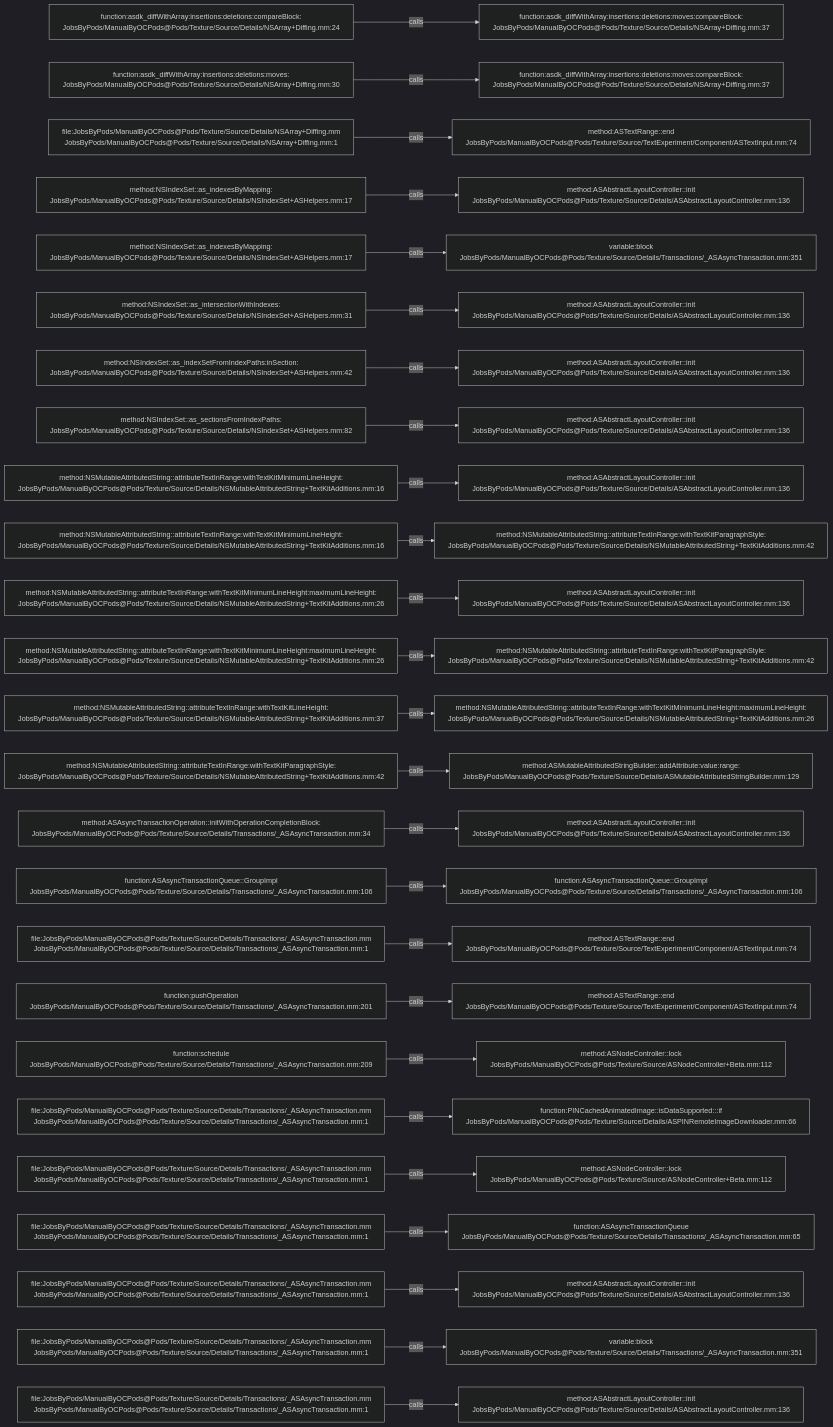
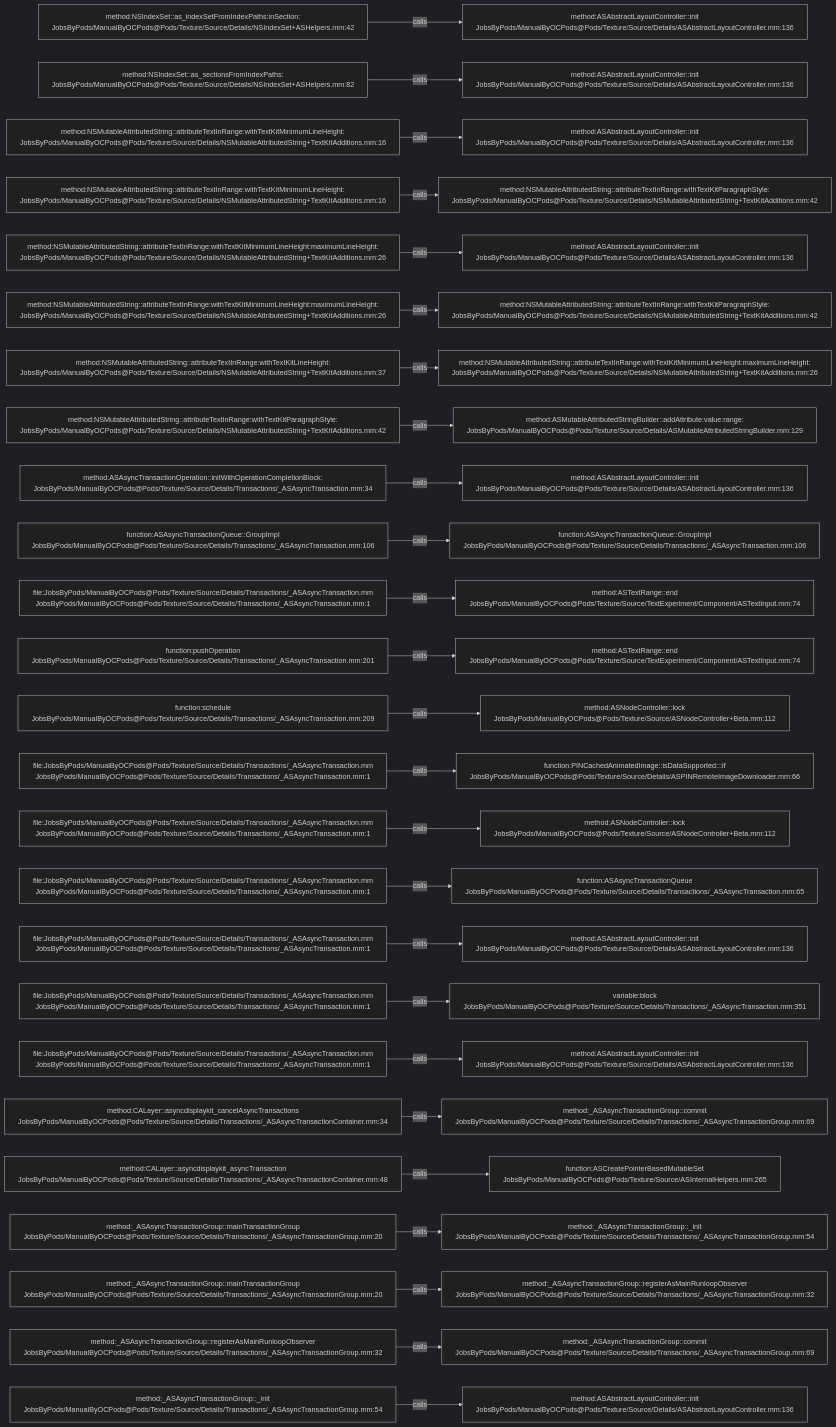
The diagram in .codegraph/codegraph.md/graphs/calls-160.md (JobsKits/JobsOCBaseConfigDemo), drawn with Mermaid (dark theme) before and after one commit. The commit also changed 666 other files, not shown here.

````diff
--- a/.codegraph/codegraph.md/graphs/calls-160.md
+++ b/.codegraph/codegraph.md/graphs/calls-160.md
@@ -13,78 +13,78 @@
 ```mermaid
 flowchart LR
-  S1["function:asdk_diffWithArray:insertions:deletions:compareBlock:<br/>JobsByPods/ManualByOCPods@Pods/Texture/Source/Details/NSArray+Diffing.mm:24"]
-  T1["function:asdk_diffWithArray:insertions:deletions:moves:compareBlock:<br/>JobsByPods/ManualByOCPods@Pods/Texture/Source/Details/NSArray+Diffing.mm:37"]
+  S1["method:NSIndexSet::as_indexSetFromIndexPaths:inSection:<br/>JobsByPods/ManualByOCPods@Pods/Texture/Source/Details/NSIndexSet+ASHelpers.mm:42"]
+  T1["method:ASAbstractLayoutController::init<br/>JobsByPods/ManualByOCPods@Pods/Texture/Source/Details/ASAbstractLayoutController.mm:136"]
   S1 -->|calls| T1
-  S2["function:asdk_diffWithArray:insertions:deletions:moves:<br/>JobsByPods/ManualByOCPods@Pods/Texture/Source/Details/NSArray+Diffing.mm:30"]
-  T2["function:asdk_diffWithArray:insertions:deletions:moves:compareBlock:<br/>JobsByPods/ManualByOCPods@Pods/Texture/Source/Details/NSArray+Diffing.mm:37"]
+  S2["method:NSIndexSet::as_sectionsFromIndexPaths:<br/>JobsByPods/ManualByOCPods@Pods/Texture/Source/Details/NSIndexSet+ASHelpers.mm:82"]
+  T2["method:ASAbstractLayoutController::init<br/>JobsByPods/ManualByOCPods@Pods/Texture/Source/Details/ASAbstractLayoutController.mm:136"]
   S2 -->|calls| T2
-  S3["file:JobsByPods/ManualByOCPods@Pods/Texture/Source/Details/NSArray+Diffing.mm<br/>JobsByPods/ManualByOCPods@Pods/Texture/Source/Details/NSArray+Diffing.mm:1"]
-  T3["method:ASTextRange::end<br/>JobsByPods/ManualByOCPods@Pods/Texture/Source/TextExperiment/Component/ASTextInput.mm:74"]
+  S3["method:NSMutableAttributedString::attributeTextInRange:withTextKitMinimumLineHeight:<br/>JobsByPods/ManualByOCPods@Pods/Texture/Source/Details/NSMutableAttributedString+TextKitAdditions.mm:16"]
+  T3["method:ASAbstractLayoutController::init<br/>JobsByPods/ManualByOCPods@Pods/Texture/Source/Details/ASAbstractLayoutController.mm:136"]
   S3 -->|calls| T3
-  S4["method:NSIndexSet::as_indexesByMapping:<br/>JobsByPods/ManualByOCPods@Pods/Texture/Source/Details/NSIndexSet+ASHelpers.mm:17"]
-  T4["method:ASAbstractLayoutController::init<br/>JobsByPods/ManualByOCPods@Pods/Texture/Source/Details/ASAbstractLayoutController.mm:136"]
+  S4["method:NSMutableAttributedString::attributeTextInRange:withTextKitMinimumLineHeight:<br/>JobsByPods/ManualByOCPods@Pods/Texture/Source/Details/NSMutableAttributedString+TextKitAdditions.mm:16"]
+  T4["method:NSMutableAttributedString::attributeTextInRange:withTextKitParagraphStyle:<br/>JobsByPods/ManualByOCPods@Pods/Texture/Source/Details/NSMutableAttributedString+TextKitAdditions.mm:42"]
   S4 -->|calls| T4
-  S5["method:NSIndexSet::as_indexesByMapping:<br/>JobsByPods/ManualByOCPods@Pods/Texture/Source/Details/NSIndexSet+ASHelpers.mm:17"]
-  T5["variable:block<br/>JobsByPods/ManualByOCPods@Pods/Texture/Source/Details/Transactions/_ASAsyncTransaction.mm:351"]
+  S5["method:NSMutableAttributedString::attributeTextInRange:withTextKitMinimumLineHeight:maximumLineHeight:<br/>JobsByPods/ManualByOCPods@Pods/Texture/Source/Details/NSMutableAttributedString+TextKitAdditions.mm:26"]
+  T5["method:ASAbstractLayoutController::init<br/>JobsByPods/ManualByOCPods@Pods/Texture/Source/Details/ASAbstractLayoutController.mm:136"]
   S5 -->|calls| T5
-  S6["method:NSIndexSet::as_intersectionWithIndexes:<br/>JobsByPods/ManualByOCPods@Pods/Texture/Source/Details/NSIndexSet+ASHelpers.mm:31"]
-  T6["method:ASAbstractLayoutController::init<br/>JobsByPods/ManualByOCPods@Pods/Texture/Source/Details/ASAbstractLayoutController.mm:136"]
+  S6["method:NSMutableAttributedString::attributeTextInRange:withTextKitMinimumLineHeight:maximumLineHeight:<br/>JobsByPods/ManualByOCPods@Pods/Texture/Source/Details/NSMutableAttributedString+TextKitAdditions.mm:26"]
+  T6["method:NSMutableAttributedString::attributeTextInRange:withTextKitParagraphStyle:<br/>JobsByPods/ManualByOCPods@Pods/Texture/Source/Details/NSMutableAttributedString+TextKitAdditions.mm:42"]
   S6 -->|calls| T6
-  S7["method:NSIndexSet::as_indexSetFromIndexPaths:inSection:<br/>JobsByPods/ManualByOCPods@Pods/Texture/Source/Details/NSIndexSet+ASHelpers.mm:42"]
-  T7["method:ASAbstractLayoutController::init<br/>JobsByPods/ManualByOCPods@Pods/Texture/Source/Details/ASAbstractLayoutController.mm:136"]
+  S7["method:NSMutableAttributedString::attributeTextInRange:withTextKitLineHeight:<br/>JobsByPods/ManualByOCPods@Pods/Texture/Source/Details/NSMutableAttributedString+TextKitAdditions.mm:37"]
+  T7["method:NSMutableAttributedString::attributeTextInRange:withTextKitMinimumLineHeight:maximumLineHeight:<br/>JobsByPods/ManualByOCPods@Pods/Texture/Source/Details/NSMutableAttributedString+TextKitAdditions.mm:26"]
   S7 -->|calls| T7
-  S8["method:NSIndexSet::as_sectionsFromIndexPaths:<br/>JobsByPods/ManualByOCPods@Pods/Texture/Source/Details/NSIndexSet+ASHelpers.mm:82"]
-  T8["method:ASAbstractLayoutController::init<br/>JobsByPods/ManualByOCPods@Pods/Texture/Source/Details/ASAbstractLayoutController.mm:136"]
+  S8["method:NSMutableAttributedString::attributeTextInRange:withTextKitParagraphStyle:<br/>JobsByPods/ManualByOCPods@Pods/Texture/Source/Details/NSMutableAttributedString+TextKitAdditions.mm:42"]
+  T8["method:ASMutableAttributedStringBuilder::addAttribute:value:range:<br/>JobsByPods/ManualByOCPods@Pods/Texture/Source/Details/ASMutableAttributedStringBuilder.mm:129"]
   S8 -->|calls| T8
-  S9["method:NSMutableAttributedString::attributeTextInRange:withTextKitMinimumLineHeight:<br/>JobsByPods/ManualByOCPods@Pods/Texture/Source/Details/NSMutableAttributedString+TextKitAdditions.mm:16"]
+  S9["method:ASAsyncTransactionOperation::initWithOperationCompletionBlock:<br/>JobsByPods/ManualByOCPods@Pods/Texture/Source/Details/Transactions/_ASAsyncTransaction.mm:34"]
   T9["method:ASAbstractLayoutController::init<br/>JobsByPods/ManualByOCPods@Pods/Texture/Source/Details/ASAbstractLayoutController.mm:136"]
   S9 -->|calls| T9
-  S10["method:NSMutableAttributedString::attributeTextInRange:withTextKitMinimumLineHeight:<br/>JobsByPods/ManualByOCPods@Pods/Texture/Source/Details/NSMutableAttributedString+TextKitAdditions.mm:16"]
-  T10["method:NSMutableAttributedString::attributeTextInRange:withTextKitParagraphStyle:<br/>JobsByPods/ManualByOCPods@Pods/Texture/Source/Details/NSMutableAttributedString+TextKitAdditions.mm:42"]
+  S10["function:ASAsyncTransactionQueue::GroupImpl<br/>JobsByPods/ManualByOCPods@Pods/Texture/Source/Details/Transactions/_ASAsyncTransaction.mm:106"]
+  T10["function:ASAsyncTransactionQueue::GroupImpl<br/>JobsByPods/ManualByOCPods@Pods/Texture/Source/Details/Transactions/_ASAsyncTransaction.mm:106"]
   S10 -->|calls| T10
-  S11["method:NSMutableAttributedString::attributeTextInRange:withTextKitMinimumLineHeight:maximumLineHeight:<br/>JobsByPods/ManualByOCPods@Pods/Texture/Source/Details/NSMutableAttributedString+TextKitAdditions.mm:26"]
-  T11["method:ASAbstractLayoutController::init<br/>JobsByPods/ManualByOCPods@Pods/Texture/Source/Details/ASAbstractLayoutController.mm:136"]
+  S11["file:JobsByPods/ManualByOCPods@Pods/Texture/Source/Details/Transactions/_ASAsyncTransaction.mm<br/>JobsByPods/ManualByOCPods@Pods/Texture/Source/Details/Transactions/_ASAsyncTransaction.mm:1"]
+  T11["method:ASTextRange::end<br/>JobsByPods/ManualByOCPods@Pods/Texture/Source/TextExperiment/Component/ASTextInput.mm:74"]
   S11 -->|calls| T11
-  S12["method:NSMutableAttributedString::attributeTextInRange:withTextKitMinimumLineHeight:maximumLineHeight:<br/>JobsByPods/ManualByOCPods@Pods/Texture/Source/Details/NSMutableAttributedString+TextKitAdditions.mm:26"]
-  T12["method:NSMutableAttributedString::attributeTextInRange:withTextKitParagraphStyle:<br/>JobsByPods/ManualByOCPods@Pods/Texture/Source/Details/NSMutableAttributedString+TextKitAdditions.mm:42"]
+  S12["function:pushOperation<br/>JobsByPods/ManualByOCPods@Pods/Texture/Source/Details/Transactions/_ASAsyncTransaction.mm:201"]
+  T12["method:ASTextRange::end<br/>JobsByPods/ManualByOCPods@Pods/Texture/Source/TextExperiment/Component/ASTextInput.mm:74"]
   S12 -->|calls| T12
-  S13["method:NSMutableAttributedString::attributeTextInRange:withTextKitLineHeight:<br/>JobsByPods/ManualByOCPods@Pods/Texture/Source/Details/NSMutableAttributedString+TextKitAdditions.mm:37"]
-  T13["method:NSMutableAttributedString::attributeTextInRange:withTextKitMinimumLineHeight:maximumLineHeight:<br/>JobsByPods/ManualByOCPods@Pods/Texture/Source/Details/NSMutableAttributedString+TextKitAdditions.mm:26"]
+  S13["function:schedule<br/>JobsByPods/ManualByOCPods@Pods/Texture/Source/Details/Transactions/_ASAsyncTransaction.mm:209"]
+  T13["method:ASNodeController::lock<br/>JobsByPods/ManualByOCPods@Pods/Texture/Source/ASNodeController+Beta.mm:112"]
   S13 -->|calls| T13
-  S14["method:NSMutableAttributedString::attributeTextInRange:withTextKitParagraphStyle:<br/>JobsByPods/ManualByOCPods@Pods/Texture/Source/Details/NSMutableAttributedString+TextKitAdditions.mm:42"]
-  T14["method:ASMutableAttributedStringBuilder::addAttribute:value:range:<br/>JobsByPods/ManualByOCPods@Pods/Texture/Source/Details/ASMutableAttributedStringBuilder.mm:129"]
+  S14["file:JobsByPods/ManualByOCPods@Pods/Texture/Source/Details/Transactions/_ASAsyncTransaction.mm<br/>JobsByPods/ManualByOCPods@Pods/Texture/Source/Details/Transactions/_ASAsyncTransaction.mm:1"]
+  T14["function:PINCachedAnimatedImage::isDataSupported:::if<br/>JobsByPods/ManualByOCPods@Pods/Texture/Source/Details/ASPINRemoteImageDownloader.mm:66"]
   S14 -->|calls| T14
-  S15["method:ASAsyncTransactionOperation::initWithOperationCompletionBlock:<br/>JobsByPods/ManualByOCPods@Pods/Texture/Source/Details/Transactions/_ASAsyncTransaction.mm:34"]
-  T15["method:ASAbstractLayoutController::init<br/>JobsByPods/ManualByOCPods@Pods/Texture/Source/Details/ASAbstractLayoutController.mm:136"]
+  S15["file:JobsByPods/ManualByOCPods@Pods/Texture/Source/Details/Transactions/_ASAsyncTransaction.mm<br/>JobsByPods/ManualByOCPods@Pods/Texture/Source/Details/Transactions/_ASAsyncTransaction.mm:1"]
+  T15["method:ASNodeController::lock<br/>JobsByPods/ManualByOCPods@Pods/Texture/Source/ASNodeController+Beta.mm:112"]
   S15 -->|calls| T15
-  S16["function:ASAsyncTransactionQueue::GroupImpl<br/>JobsByPods/ManualByOCPods@Pods/Texture/Source/Details/Transactions/_ASAsyncTransaction.mm:106"]
-  T16["function:ASAsyncTransactionQueue::GroupImpl<br/>JobsByPods/ManualByOCPods@Pods/Texture/Source/Details/Transactions/_ASAsyncTransaction.mm:106"]
+  S16["file:JobsByPods/ManualByOCPods@Pods/Texture/Source/Details/Transactions/_ASAsyncTransaction.mm<br/>JobsByPods/ManualByOCPods@Pods/Texture/Source/Details/Transactions/_ASAsyncTransaction.mm:1"]
+  T16["function:ASAsyncTransactionQueue<br/>JobsByPods/ManualByOCPods@Pods/Texture/Source/Details/Transactions/_ASAsyncTransaction.mm:65"]
   S16 -->|calls| T16
   S17["file:JobsByPods/ManualByOCPods@Pods/Texture/Source/Details/Transactions/_ASAsyncTransaction.mm<br/>JobsByPods/ManualByOCPods@Pods/Texture/Source/Details/Transactions/_ASAsyncTransaction.mm:1"]
-  T17["method:ASTextRange::end<br/>JobsByPods/ManualByOCPods@Pods/Texture/Source/TextExperiment/Component/ASTextInput.mm:74"]
+  T17["method:ASAbstractLayoutController::init<br/>JobsByPods/ManualByOCPods@Pods/Texture/Source/Details/ASAbstractLayoutController.mm:136"]
   S17 -->|calls| T17
-  S18["function:pushOperation<br/>JobsByPods/ManualByOCPods@Pods/Texture/Source/Details/Transactions/_ASAsyncTransaction.mm:201"]
-  T18["method:ASTextRange::end<br/>JobsByPods/ManualByOCPods@Pods/Texture/Source/TextExperiment/Component/ASTextInput.mm:74"]
+  S18["file:JobsByPods/ManualByOCPods@Pods/Texture/Source/Details/Transactions/_ASAsyncTransaction.mm<br/>JobsByPods/ManualByOCPods@Pods/Texture/Source/Details/Transactions/_ASAsyncTransaction.mm:1"]
+  T18["variable:block<br/>JobsByPods/ManualByOCPods@Pods/Texture/Source/Details/Transactions/_ASAsyncTransaction.mm:351"]
   S18 -->|calls| T18
-  S19["function:schedule<br/>JobsByPods/ManualByOCPods@Pods/Texture/Source/Details/Transactions/_ASAsyncTransaction.mm:209"]
-  T19["method:ASNodeController::lock<br/>JobsByPods/ManualByOCPods@Pods/Texture/Source/ASNodeController+Beta.mm:112"]
+  S19["file:JobsByPods/ManualByOCPods@Pods/Texture/Source/Details/Transactions/_ASAsyncTransaction.mm<br/>JobsByPods/ManualByOCPods@Pods/Texture/Source/Details/Transactions/_ASAsyncTransaction.mm:1"]
+  T19["method:ASAbstractLayoutController::init<br/>JobsByPods/ManualByOCPods@Pods/Texture/Source/Details/ASAbstractLayoutController.mm:136"]
   S19 -->|calls| T19
-  S20["file:JobsByPods/ManualByOCPods@Pods/Texture/Source/Details/Transactions/_ASAsyncTransaction.mm<br/>JobsByPods/ManualByOCPods@Pods/Texture/Source/Details/Transactions/_ASAsyncTransaction.mm:1"]
-  T20["function:PINCachedAnimatedImage::isDataSupported:::if<br/>JobsByPods/ManualByOCPods@Pods/Texture/Source/Details/ASPINRemoteImageDownloader.mm:66"]
+  S20["method:CALayer::asyncdisplaykit_cancelAsyncTransactions<br/>JobsByPods/ManualByOCPods@Pods/Texture/Source/Details/Transactions/_ASAsyncTransactionContainer.mm:34"]
+  T20["method:_ASAsyncTransactionGroup::commit<br/>JobsByPods/ManualByOCPods@Pods/Texture/Source/Details/Transactions/_ASAsyncTransactionGroup.mm:69"]
   S20 -->|calls| T20
-  S21["file:JobsByPods/ManualByOCPods@Pods/Texture/Source/Details/Transactions/_ASAsyncTransaction.mm<br/>JobsByPods/ManualByOCPods@Pods/Texture/Source/Details/Transactions/_ASAsyncTransaction.mm:1"]
-  T21["method:ASNodeController::lock<br/>JobsByPods/ManualByOCPods@Pods/Texture/Source/ASNodeController+Beta.mm:112"]
+  S21["method:CALayer::asyncdisplaykit_asyncTransaction<br/>JobsByPods/ManualByOCPods@Pods/Texture/Source/Details/Transactions/_ASAsyncTransactionContainer.mm:48"]
+  T21["function:ASCreatePointerBasedMutableSet<br/>JobsByPods/ManualByOCPods@Pods/Texture/Source/ASInternalHelpers.mm:265"]
   S21 -->|calls| T21
-  S22["file:JobsByPods/ManualByOCPods@Pods/Texture/Source/Details/Transactions/_ASAsyncTransaction.mm<br/>JobsByPods/ManualByOCPods@Pods/Texture/Source/Details/Transactions/_ASAsyncTransaction.mm:1"]
-  T22["function:ASAsyncTransactionQueue<br/>JobsByPods/ManualByOCPods@Pods/Texture/Source/Details/Transactions/_ASAsyncTransaction.mm:65"]
+  S22["method:_ASAsyncTransactionGroup::mainTransactionGroup<br/>JobsByPods/ManualByOCPods@Pods/Texture/Source/Details/Transactions/_ASAsyncTransactionGroup.mm:20"]
+  T22["method:_ASAsyncTransactionGroup::_init<br/>JobsByPods/ManualByOCPods@Pods/Texture/Source/Details/Transactions/_ASAsyncTransactionGroup.mm:54"]
   S22 -->|calls| T22
-  S23["file:JobsByPods/ManualByOCPods@Pods/Texture/Source/Details/Transactions/_ASAsyncTransaction.mm<br/>JobsByPods/ManualByOCPods@Pods/Texture/Source/Details/Transactions/_ASAsyncTransaction.mm:1"]
-  T23["method:ASAbstractLayoutController::init<br/>JobsByPods/ManualByOCPods@Pods/Texture/Source/Details/ASAbstractLayoutController.mm:136"]
+  S23["method:_ASAsyncTransactionGroup::mainTransactionGroup<br/>JobsByPods/ManualByOCPods@Pods/Texture/Source/Details/Transactions/_ASAsyncTransactionGroup.mm:20"]
+  T23["method:_ASAsyncTransactionGroup::registerAsMainRunloopObserver<br/>JobsByPods/ManualByOCPods@Pods/Texture/Source/Details/Transactions/_ASAsyncTransactionGroup.mm:32"]
   S23 -->|calls| T23
-  S24["file:JobsByPods/ManualByOCPods@Pods/Texture/Source/Details/Transactions/_ASAsyncTransaction.mm<br/>JobsByPods/ManualByOCPods@Pods/Texture/Source/Details/Transactions/_ASAsyncTransaction.mm:1"]
-  T24["variable:block<br/>JobsByPods/ManualByOCPods@Pods/Texture/Source/Details/Transactions/_ASAsyncTransaction.mm:351"]
+  S24["method:_ASAsyncTransactionGroup::registerAsMainRunloopObserver<br/>JobsByPods/ManualByOCPods@Pods/Texture/Source/Details/Transactions/_ASAsyncTransactionGroup.mm:32"]
+  T24["method:_ASAsyncTransactionGroup::commit<br/>JobsByPods/ManualByOCPods@Pods/Texture/Source/Details/Transactions/_ASAsyncTransactionGroup.mm:69"]
   S24 -->|calls| T24
-  S25["file:JobsByPods/ManualByOCPods@Pods/Texture/Source/Details/Transactions/_ASAsyncTransaction.mm<br/>JobsByPods/ManualByOCPods@Pods/Texture/Source/Details/Transactions/_ASAsyncTransaction.mm:1"]
+  S25["method:_ASAsyncTransactionGroup::_init<br/>JobsByPods/ManualByOCPods@Pods/Texture/Source/Details/Transactions/_ASAsyncTransactionGroup.mm:54"]
   T25["method:ASAbstractLayoutController::init<br/>JobsByPods/ManualByOCPods@Pods/Texture/Source/Details/ASAbstractLayoutController.mm:136"]
   S25 -->|calls| T25
 ```
````
